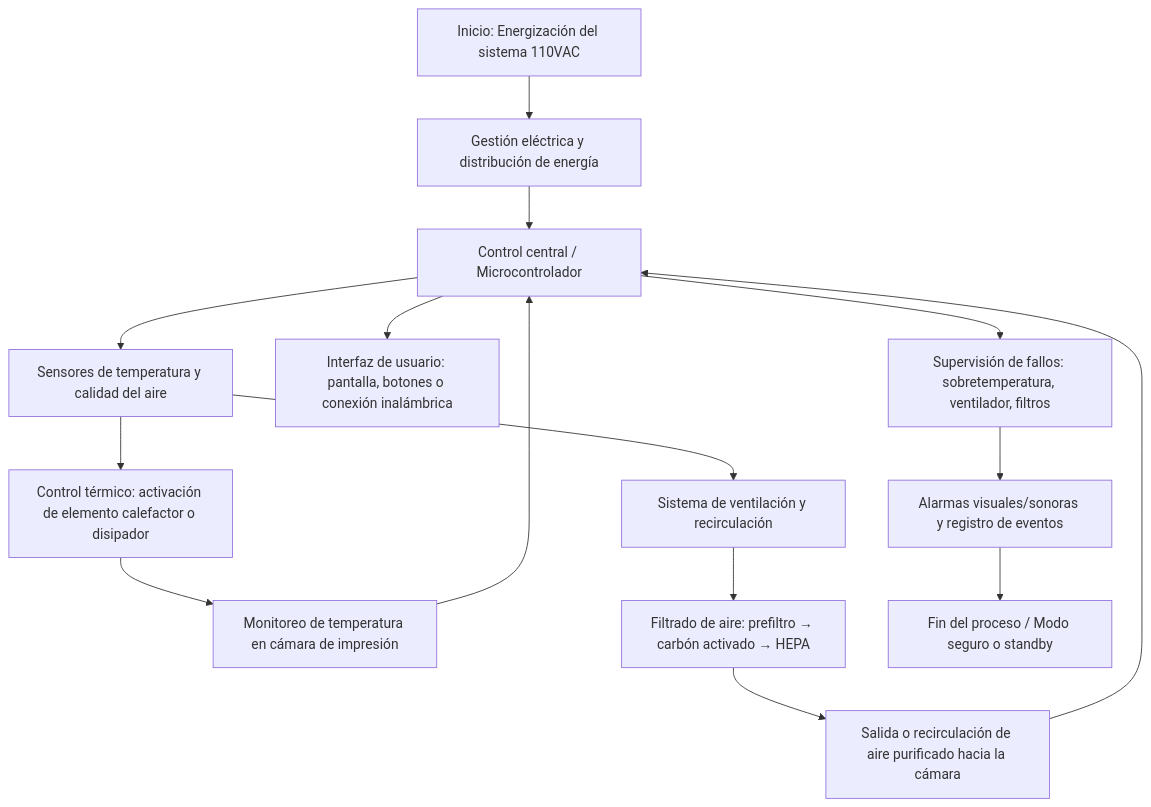
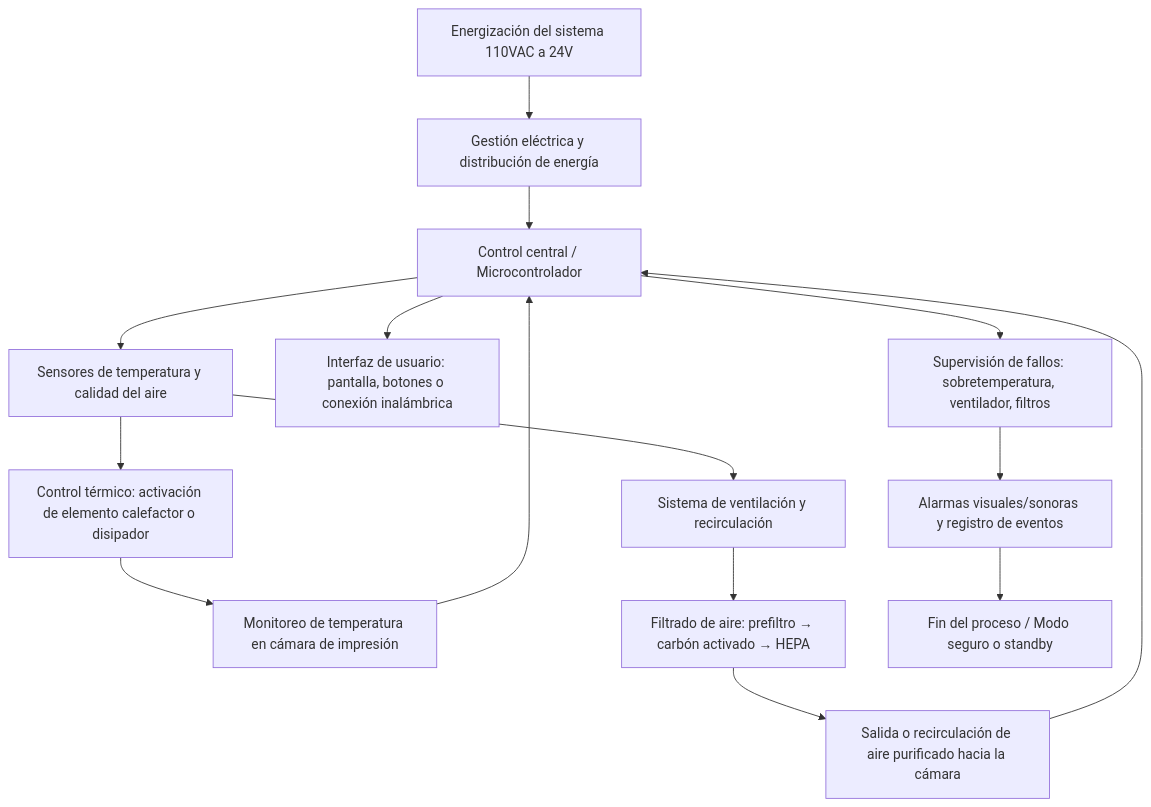
The second of 2 diagrams in README.md (isamendo17/Proyecto_final_robotica), drawn with Mermaid before and after one commit.

Commit message:
Update flowchart to reflect system energization change

````diff
--- a/README.md
+++ b/README.md
@@ -51,27 +51,27 @@
 ```mermaid
 flowchart TD
-    A[Inicio: Energización del sistema 110VAC] --> B[Gestión eléctrica y distribución de energía]
+    A[Energización del sistema 110VAC a 24V] --> B[Gestión eléctrica y distribución de energía]
     B --> C[Control central / Microcontrolador]
     
     %% Sensores e interfaz
     C --> D[Sensores de temperatura y calidad del aire]
     C --> E[Interfaz de usuario: pantalla, botones o conexión inalámbrica]
     
     %% Control térmico
     D --> F[Control térmico: activación de elemento calefactor o disipador]
     F --> G[Monitoreo de temperatura en cámara de impresión]
     G --> C
     
     %% Purificación de aire
     D --> H[Sistema de ventilación y recirculación]
     H --> I[Filtrado de aire: prefiltro → carbón activado → HEPA]
     I --> J[Salida o recirculación de aire purificado hacia la cámara]
     J --> C
     
     %% Seguridad y alarmas
     C --> K[Supervisión de fallos: sobretemperatura, ventilador, filtros]
     K --> L[Alarmas visuales/sonoras y registro de eventos]
     
     %% Cierre
     L --> M[Fin del proceso / Modo seguro o standby]
 ```
````
